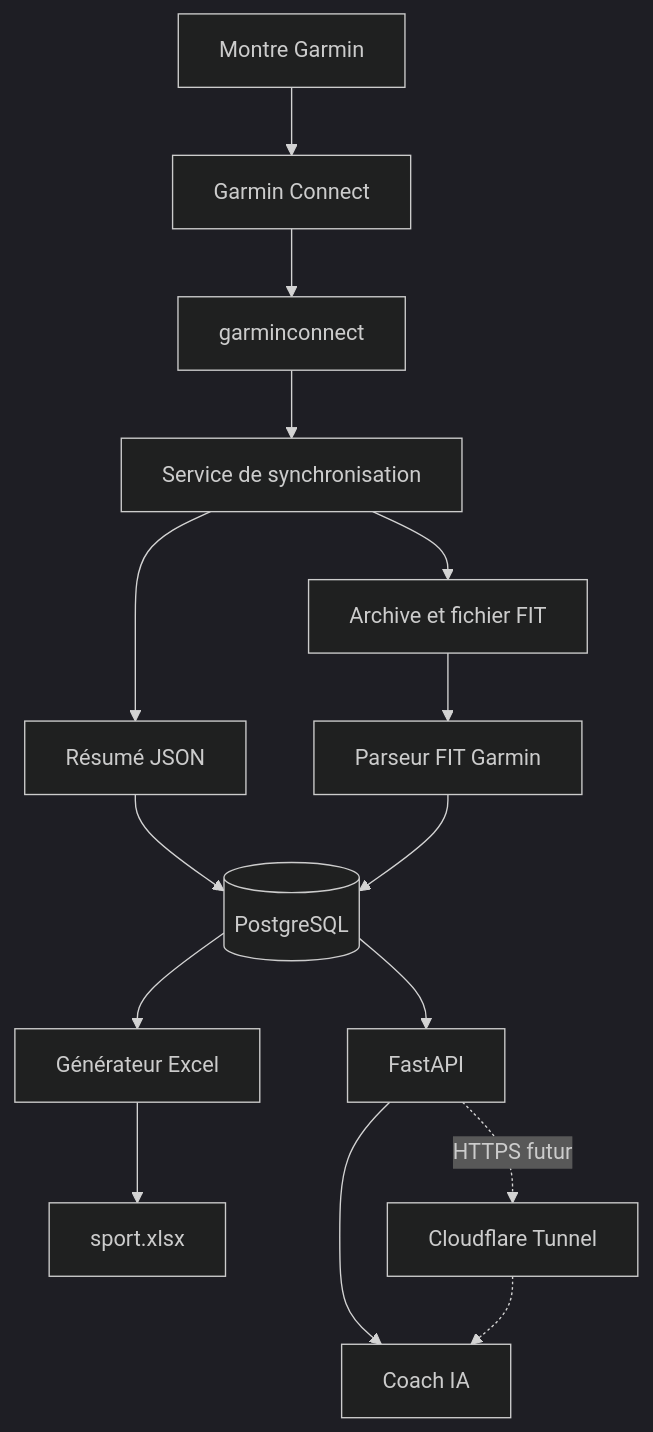
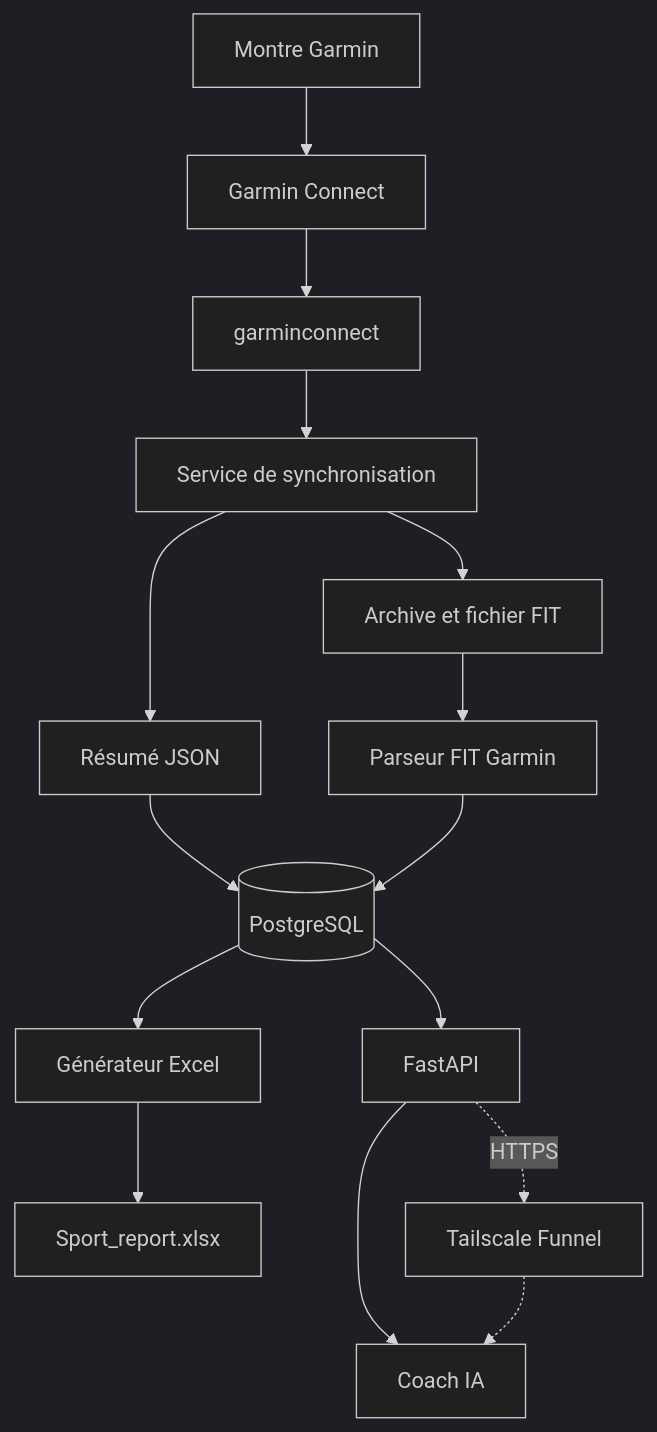
Before and after one commit to EmilioS40/CoachGoggins: the diagram in docs/ARCHITECTURE.md, drawn with Mermaid (dark theme). The commit also changed other lines of this file and 14 other files, not shown here.

````diff
--- a/docs/ARCHITECTURE.md
+++ b/docs/ARCHITECTURE.md
@@ -40,17 +40,17 @@
 ```mermaid
 flowchart TD
     A[Montre Garmin] --> B[Garmin Connect]
     B --> C[garminconnect]
     C --> D[Service de synchronisation]
     D --> E[Résumé JSON]
     D --> F[Archive et fichier FIT]
     F --> G[Parseur FIT Garmin]
     E --> H[(PostgreSQL)]
     G --> H
     H --> I[FastAPI]
     H --> J[Générateur Excel]
     I --> K[Coach IA]
-    J --> L[sport.xlsx]
-    I -. HTTPS futur .-> M[Cloudflare Tunnel]
+    J --> L[Sport_report.xlsx]
+    I -. HTTPS .-> M[Tailscale Funnel]
     M -.-> K
 ```
````
